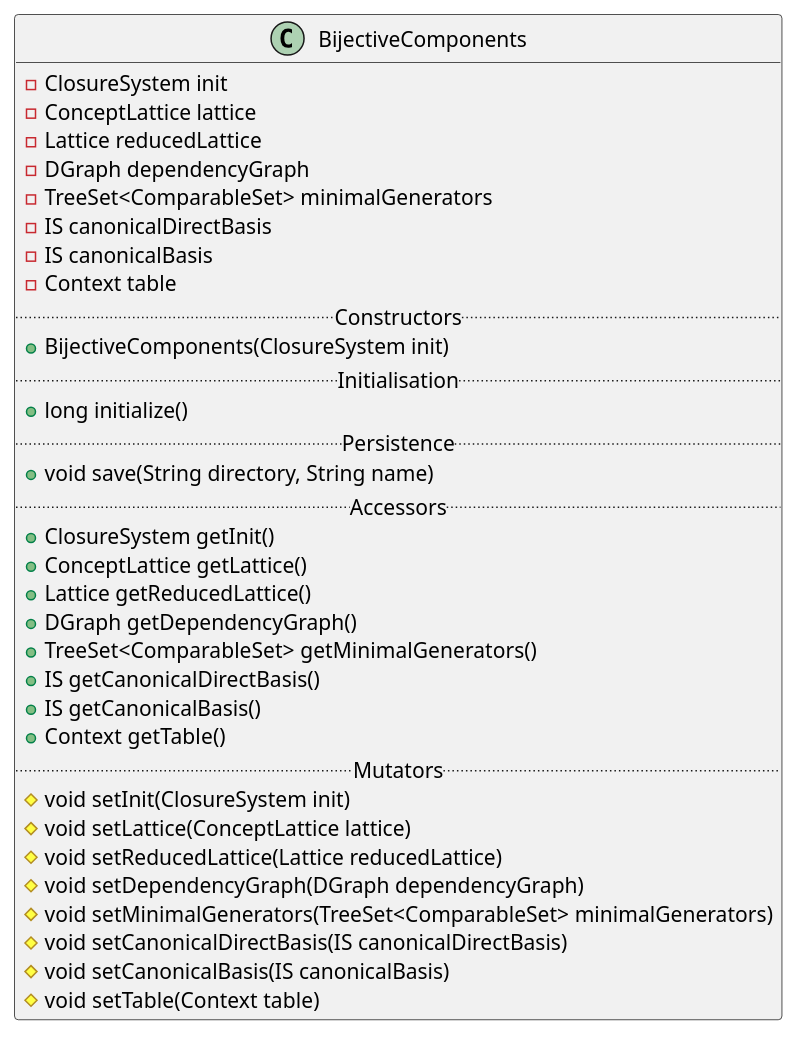
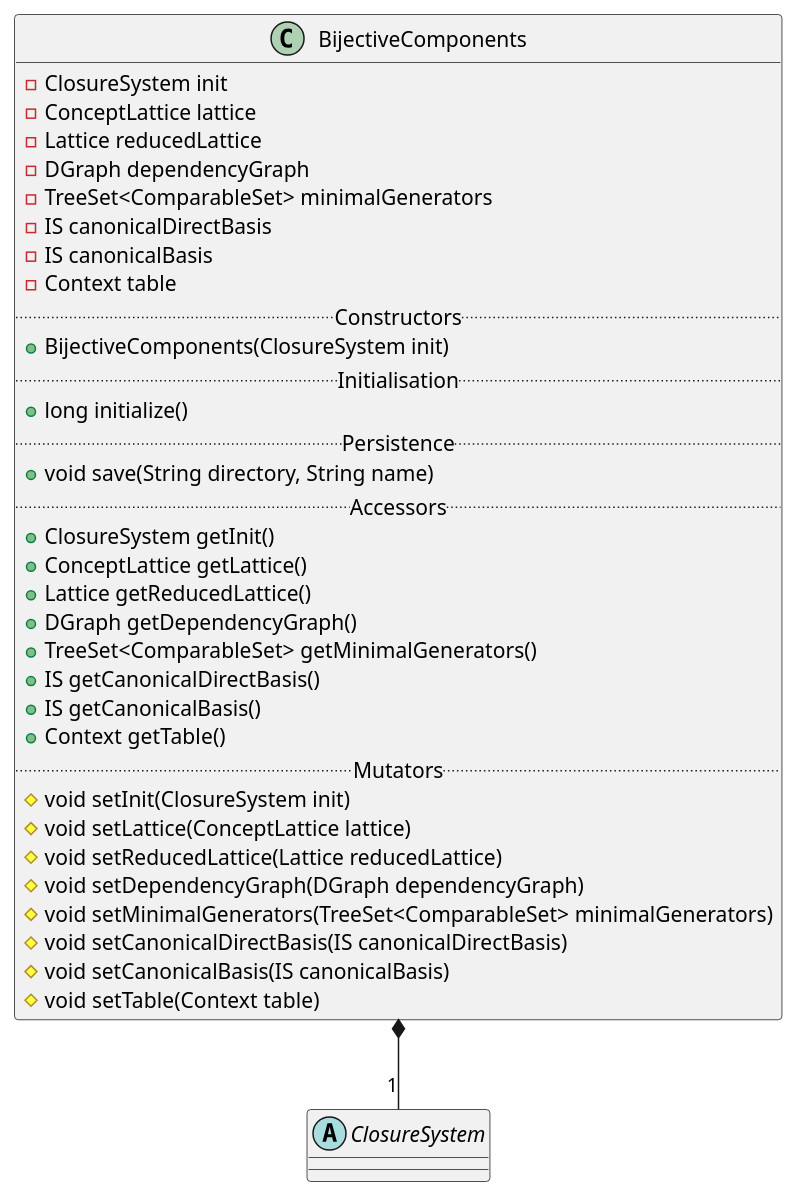
One commit to thegalactic/java-lattices changed the diagram in src/lattice/BijectiveComponents.iuml. Above: the diagram before and after it, drawn with PlantUML. The commit also changed 12 other files, not shown here.

Commit message:
Reorganize uml

```diff
--- a/src/lattice/BijectiveComponents.iuml
+++ b/src/lattice/BijectiveComponents.iuml
@@ -1,34 +1,38 @@
 class BijectiveComponents {
     -ClosureSystem init
     -ConceptLattice lattice
     -Lattice reducedLattice
     -DGraph dependencyGraph
     -TreeSet<ComparableSet> minimalGenerators
     -IS canonicalDirectBasis
     -IS canonicalBasis
     -Context table
     .. Constructors ..
     +BijectiveComponents(ClosureSystem init)
     .. Initialisation ..
     +long initialize()
     .. Persistence ..
     +void save(String directory, String name)
     .. Accessors ..
     +ClosureSystem getInit()
     +ConceptLattice getLattice()
     +Lattice getReducedLattice()
     +DGraph getDependencyGraph()
     +TreeSet<ComparableSet> getMinimalGenerators()
     +IS getCanonicalDirectBasis()
     +IS getCanonicalBasis()
     +Context getTable()
     .. Mutators ..
     #void setInit(ClosureSystem init)
     #void setLattice(ConceptLattice lattice)
     #void setReducedLattice(Lattice reducedLattice)
     #void setDependencyGraph(DGraph dependencyGraph)
     #void setMinimalGenerators(TreeSet<ComparableSet> minimalGenerators)
     #void setCanonicalDirectBasis(IS canonicalDirectBasis)
     #void setCanonicalBasis(IS canonicalBasis)
     #void setTable(Context table)
 }
+
+BijectiveComponents *-- "1" ClosureSystem
+
+abstract class ClosureSystem
```
